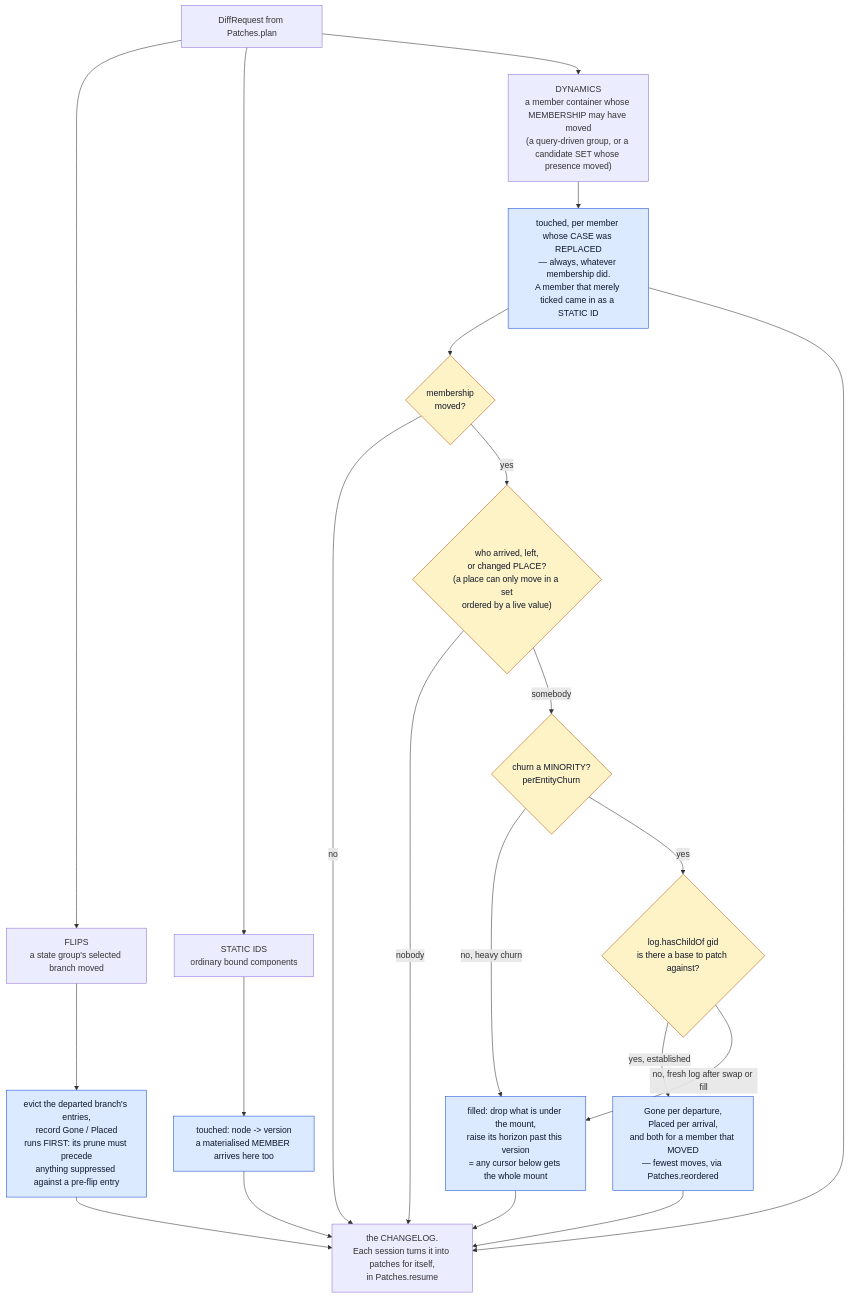
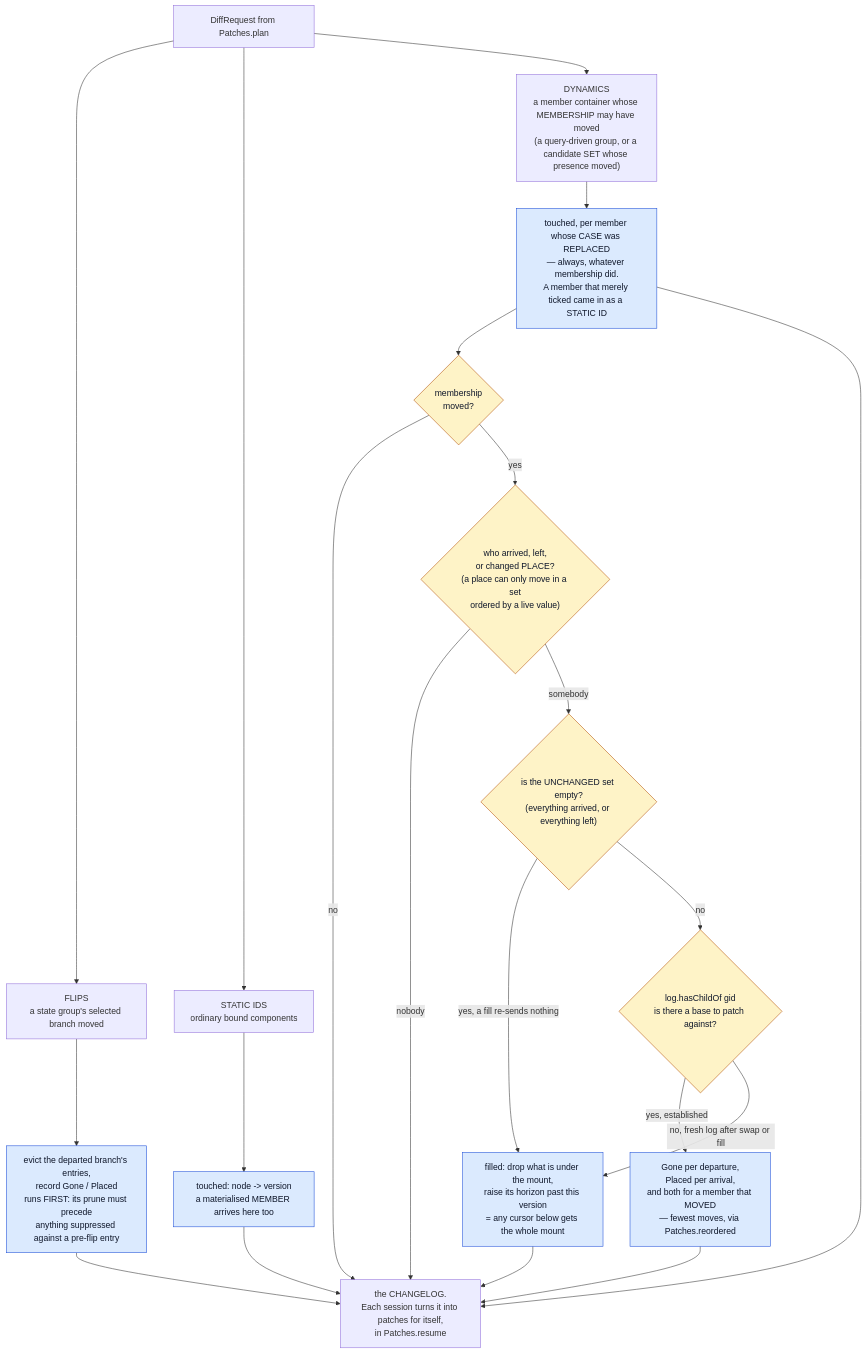
One commit to perok/functional-home-assistant changed the second of 3 diagrams in docs/architecture-rendering-pipeline.md. Above: the diagram before and after it, drawn with Mermaid. The commit also changed other lines of this file and 5 other files, not shown here.

````diff
--- a/docs/architecture-rendering-pipeline.md
+++ b/docs/architecture-rendering-pipeline.md
@@ -306,34 +306,34 @@
 ```mermaid
 flowchart TB
   REQ["DiffRequest from Patches.plan"]
 
   REQ --> FLIP["FLIPS<br/>a state group's selected branch moved"]
   REQ --> STAT["STATIC IDS<br/>ordinary bound components"]
   REQ --> DYN["DYNAMICS<br/>a member container whose MEMBERSHIP may have moved<br/>(a query-driven group, or a candidate SET whose presence moved)"]
 
   FLIP --> FLIPW["evict the departed branch's entries,<br/>record Gone / Placed<br/>runs FIRST: its prune must precede<br/>anything suppressed against a pre-flip entry"]
 
   STAT --> STATW["touched: node -&gt; version<br/>a materialised MEMBER arrives here too"]
 
   DYN --> REPL["touched, per member whose CASE was REPLACED<br/>— always, whatever membership did.<br/>A member that merely ticked came in as a STATIC ID"]
   REPL --> SAME{"membership<br/>moved?"}
   SAME -->|no| OUT
   SAME -->|yes| SET{"who arrived, left,<br/>or changed PLACE?<br/>(a place can only move in a set<br/>ordered by a live value)"}
   SET -->|nobody| OUT
-  SET -->|somebody| CHURN{"churn a MINORITY?<br/>perEntityChurn"}
-  CHURN -->|no, heavy churn| FILL["filled: drop what is under the mount,<br/>raise its horizon past this version<br/>= any cursor below gets the whole mount"]
-  CHURN -->|yes| EST{"log.hasChildOf gid<br/>is there a base to patch against?"}
+  SET -->|somebody| CHURN{"is the UNCHANGED set empty?<br/>(everything arrived, or everything left)"}
+  CHURN -->|yes, a fill re-sends nothing| FILL["filled: drop what is under the mount,<br/>raise its horizon past this version<br/>= any cursor below gets the whole mount"]
+  CHURN -->|no| EST{"log.hasChildOf gid<br/>is there a base to patch against?"}
   EST -->|yes, established| DELTA["Gone per departure,<br/>Placed per arrival,<br/>and both for a member that MOVED<br/>— fewest moves, via Patches.reordered"]
   EST -->|no, fresh log after swap or fill| FILL
 
   FLIPW --> OUT["the CHANGELOG.<br/>Each session turns it into patches for itself,<br/>in Patches.resume"]
   STATW --> OUT
   REPL --> OUT
   FILL --> OUT
   DELTA --> OUT
 
   classDef write fill:#dbeafe,stroke:#1d4ed8,color:#0f172a
   classDef q fill:#fef3c7,stroke:#b45309,color:#0f172a
   class FLIPW,STATW,REPL,FILL,DELTA write
   class SAME,SET,CHURN,EST q
 ```
````
